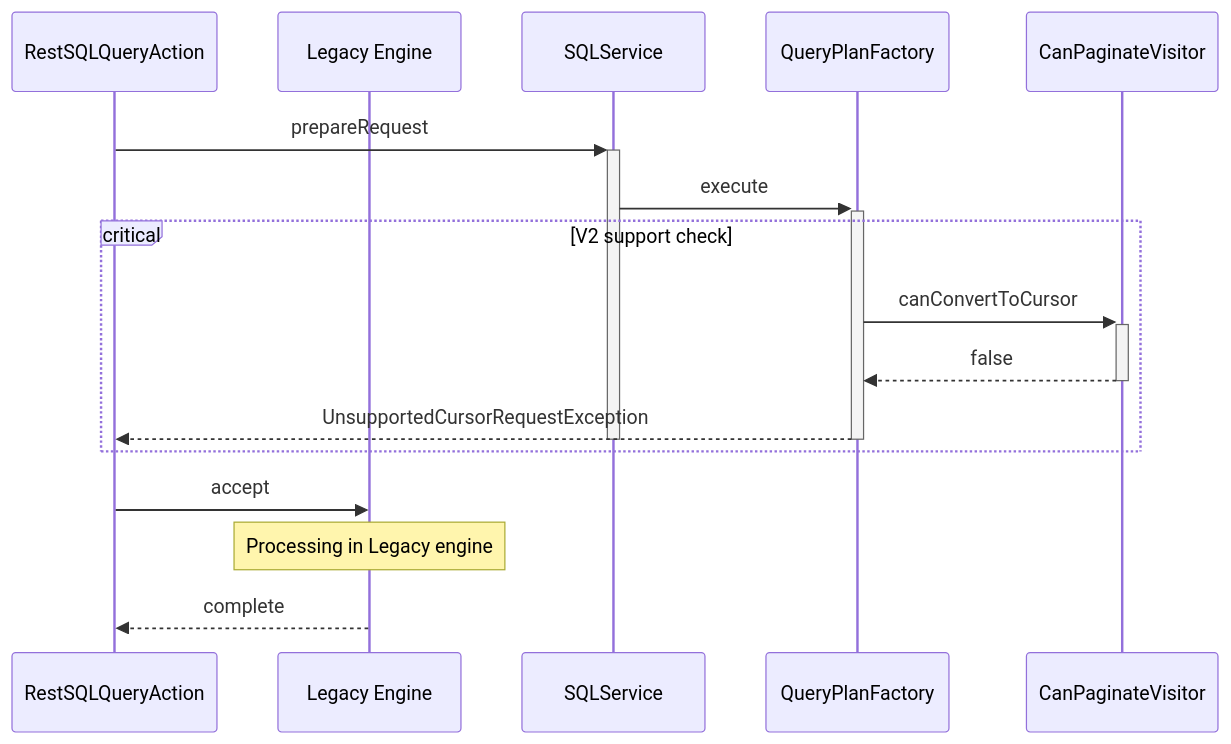
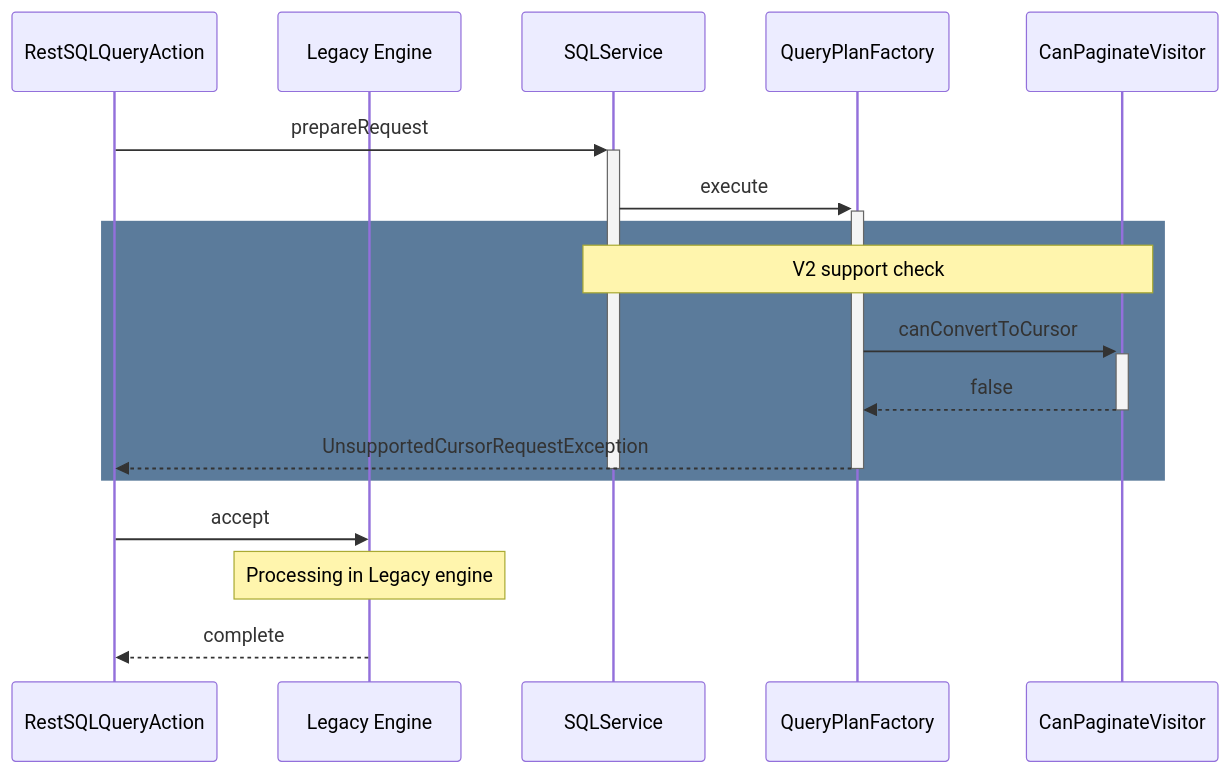
Diagram 18 of 22 in docs/dev/Pagination-v2.md (opensearch-project/sql), drawn with Mermaid before and after one commit. The commit also changed other lines of this file and 3 other files, not shown here.

````diff
--- a/docs/dev/Pagination-v2.md
+++ b/docs/dev/Pagination-v2.md
@@ -178,20 +571,21 @@
 ```mermaid
 sequenceDiagram
     participant RestSQLQueryAction
     participant Legacy Engine
     participant SQLService
     participant QueryPlanFactory
     participant CanPaginateVisitor
 
-RestSQLQueryAction->>+SQLService: prepareRequest
-  SQLService->>+QueryPlanFactory: execute
-    critical V2 support check
-    QueryPlanFactory->>+CanPaginateVisitor: canConvertToCursor
-      CanPaginateVisitor-->>-QueryPlanFactory: false
-    QueryPlanFactory-->>-RestSQLQueryAction: UnsupportedCursorRequestException
+RestSQLQueryAction ->>+ SQLService : prepareRequest
+  SQLService ->>+ QueryPlanFactory : execute
+    rect rgb(91, 123, 155)
+    note over SQLService, CanPaginateVisitor : V2 support check
+    QueryPlanFactory ->>+ CanPaginateVisitor : canConvertToCursor
+      CanPaginateVisitor -->>- QueryPlanFactory : false
+    QueryPlanFactory -->>- RestSQLQueryAction : UnsupportedCursorRequestException
     deactivate SQLService
     end
-      RestSQLQueryAction->>Legacy Engine: accept
-      Note over Legacy Engine: Processing in Legacy engine
-        Legacy Engine-->>RestSQLQueryAction:complete
+      RestSQLQueryAction ->> Legacy Engine: accept
+      Note over Legacy Engine : Processing in Legacy engine
+        Legacy Engine -->> RestSQLQueryAction : complete
 ```
````
